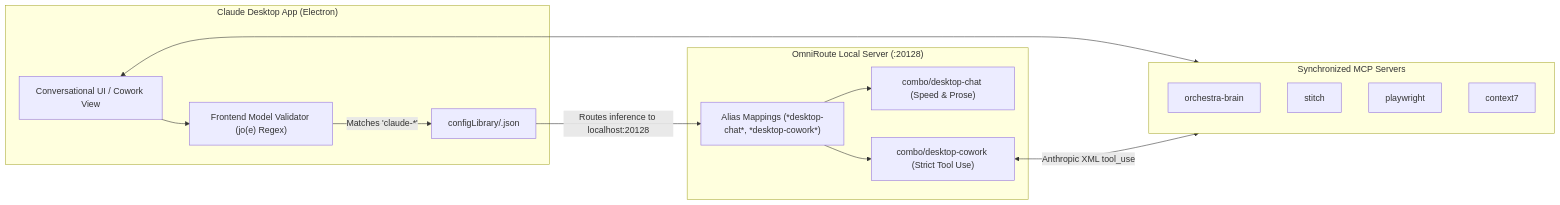
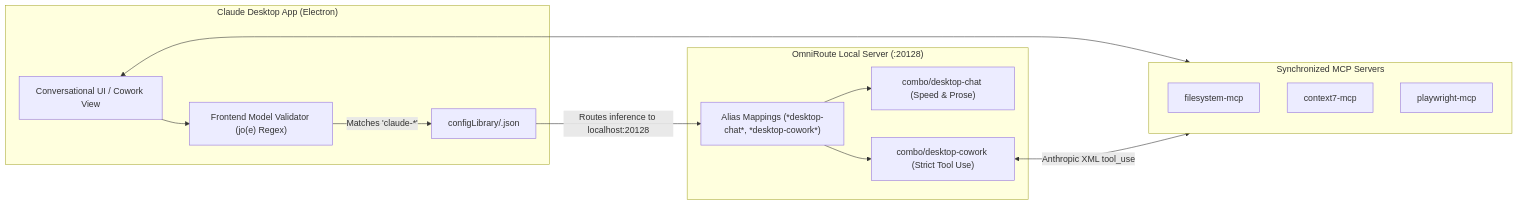
One commit to mahik504/limitless-claude changed the fourth of 4 diagrams in README.md. Above: the diagram before and after it, drawn with Mermaid. The commit also changed other lines of this file and 20 other files, not shown here.

Commit message:
feat(release): Limitless Claude 8.5.0 — Authentic Model Prompts, Priority Routing & Clean Architecture

````diff
--- a/README.md
+++ b/README.md
@@ -299,29 +272,28 @@
 ```mermaid
 graph LR
     subgraph ClaudeDesktopApp["Claude Desktop App (Electron)"]
         UI["Conversational UI / Cowork View"]
         Validator["Frontend Model Validator (jo(e) Regex)"]
         ConfigLib["configLibrary/<UUID>.json"]
     end
 
     subgraph OmniRoute["OmniRoute Local Server (:20128)"]
         Aliases["Alias Mappings (*desktop-chat*, *desktop-cowork*)"]
         ChatCombo["combo/desktop-chat (Speed & Prose)"]
         CoworkCombo["combo/desktop-cowork (Strict Tool Use)"]
     end
 
     subgraph MCPServers["Synchronized MCP Servers"]
-        Brain["orchestra-brain"]
-        Stitch["stitch"]
-        Play["playwright"]
-        Ctx["context7"]
+        Filesystem["filesystem-mcp"]
+        Context["context7-mcp"]
+        Playwright["playwright-mcp"]
     end
 
     UI --> Validator
     Validator -->|Matches 'claude-*'| ConfigLib
     ConfigLib -->|Routes inference to localhost:20128| Aliases
     Aliases --> ChatCombo
     Aliases --> CoworkCombo
     UI <--> MCPServers
     CoworkCombo <-->|Anthropic XML tool_use| MCPServers
 ```
````
